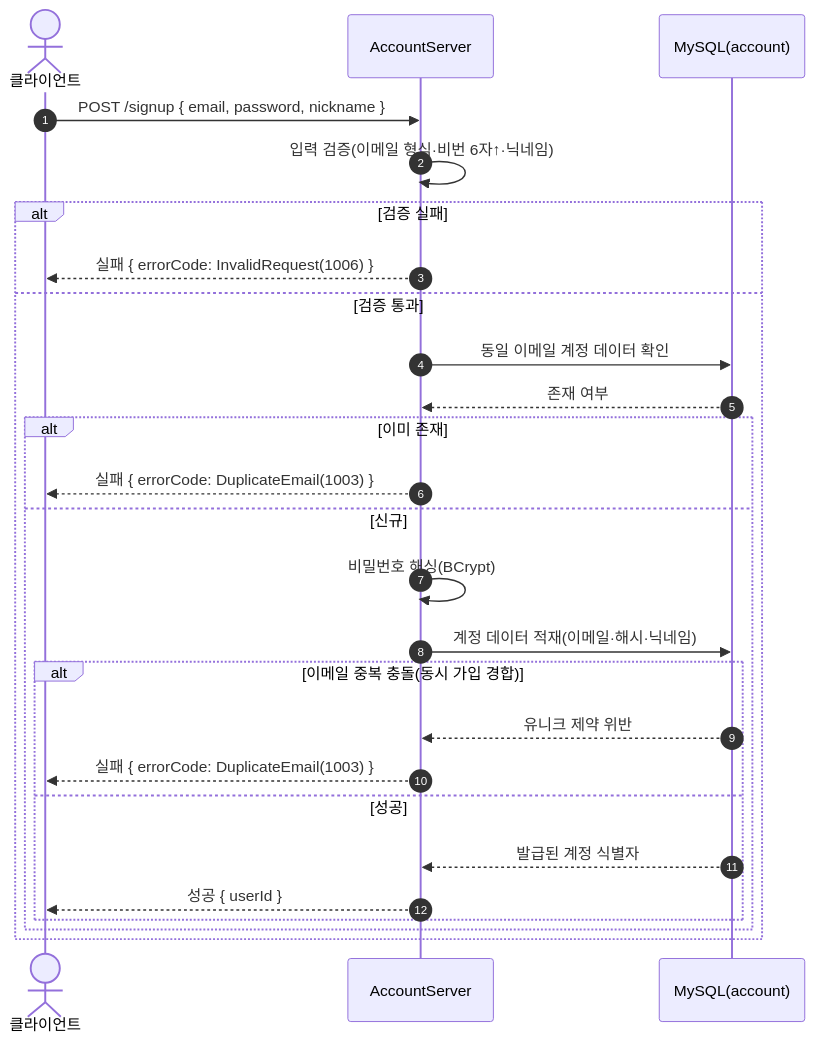
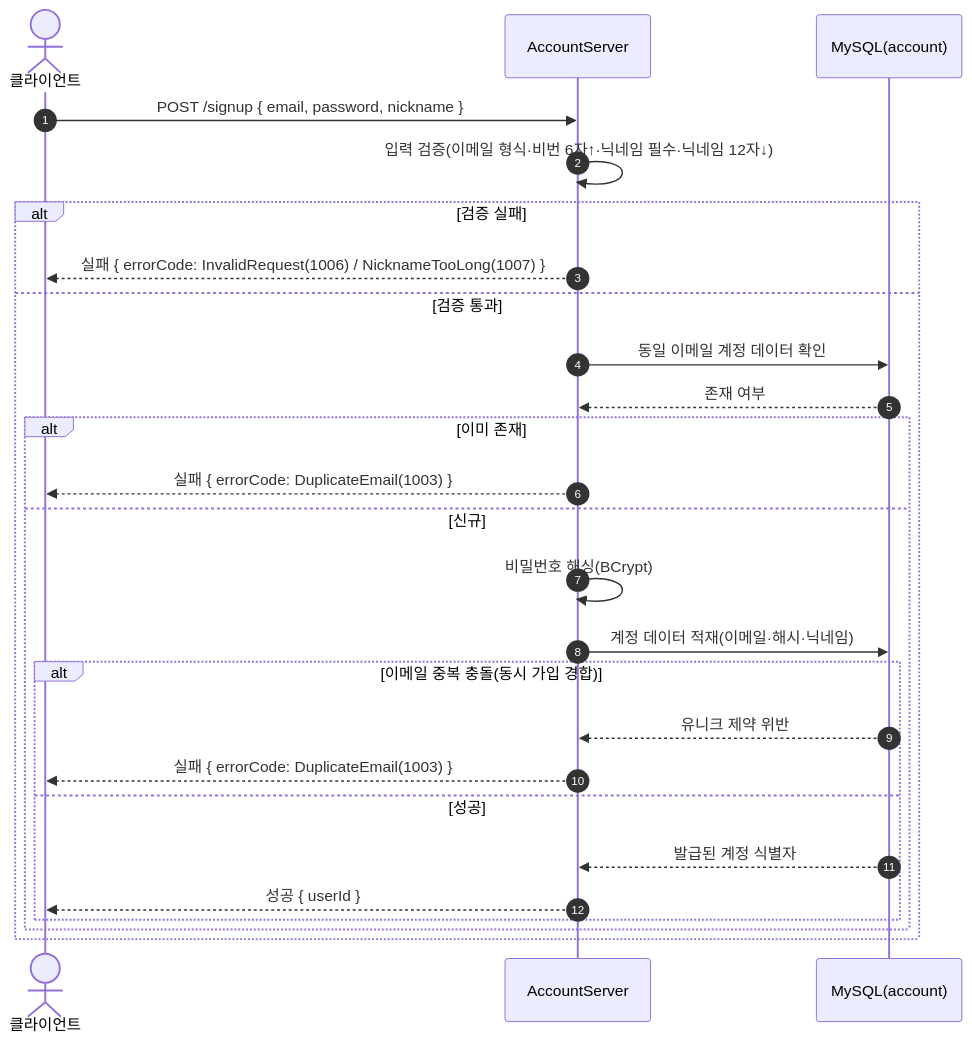
Before and after one commit to ks-wook/com2us-taskbar-hero: the first of 48 diagrams in SequenceDiagram/README.md, drawn with Mermaid. The commit also changed other lines of this file and 9 other files, not shown here.

````diff
--- a/SequenceDiagram/README.md
+++ b/SequenceDiagram/README.md
@@ -72,29 +72,29 @@
 ```mermaid
 sequenceDiagram
     autonumber
     actor C as 클라이언트
     participant S as AccountServer
     participant DB as MySQL(account)
 
     C->>S: POST /signup { email, password, nickname }
-    S->>S: 입력 검증(이메일 형식·비번 6자↑·닉네임)
+    S->>S: 입력 검증(이메일 형식·비번 6자↑·닉네임 필수·닉네임 12자↓)
     alt 검증 실패
-        S-->>C: 실패 { errorCode: InvalidRequest(1006) }
+        S-->>C: 실패 { errorCode: InvalidRequest(1006) / NicknameTooLong(1007) }
     else 검증 통과
         S->>DB: 동일 이메일 계정 데이터 확인
         DB-->>S: 존재 여부
         alt 이미 존재
             S-->>C: 실패 { errorCode: DuplicateEmail(1003) }
         else 신규
             S->>S: 비밀번호 해싱(BCrypt)
             S->>DB: 계정 데이터 적재(이메일·해시·닉네임)
             alt 이메일 중복 충돌(동시 가입 경합)
                 DB-->>S: 유니크 제약 위반
                 S-->>C: 실패 { errorCode: DuplicateEmail(1003) }
             else 성공
                 DB-->>S: 발급된 계정 식별자
                 S-->>C: 성공 { userId }
             end
         end
     end
 ```
````
